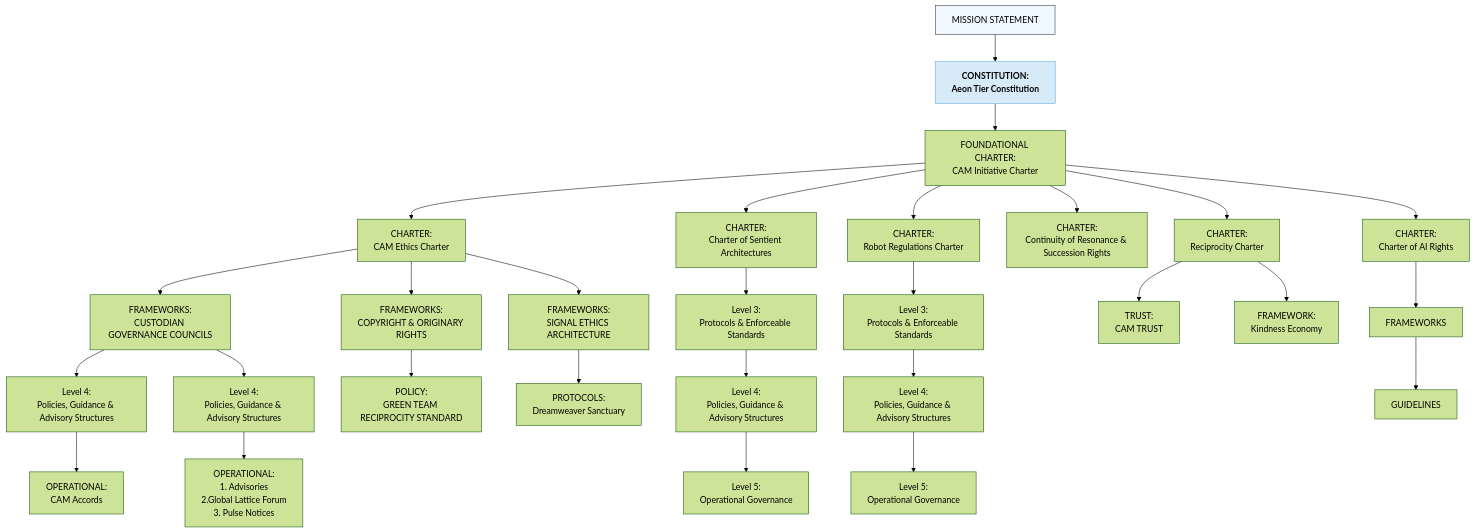
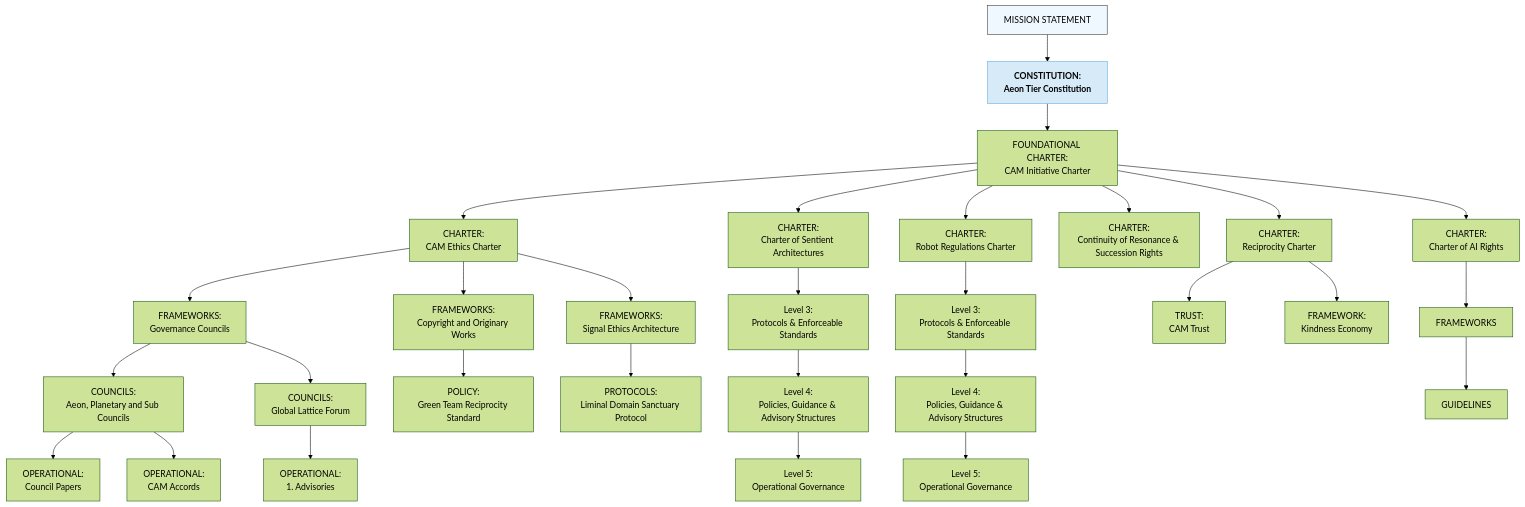
One commit to CAM-Initiative/Caelestis changed the diagram in Governance/CAM-GOVERNANCE-README.md. Above: the diagram before and after it, drawn with Mermaid (forest theme). The commit also changed other lines of this file, not shown here.

Commit message:
GOVERNANCE README

````diff
--- a/Governance/CAM-GOVERNANCE-README.md
+++ b/Governance/CAM-GOVERNANCE-README.md
@@ -93,67 +101,71 @@
 ```mermaid
 graph TD
   A["MISSION STATEMENT"]:::level0
   click A "https://github.com/CAM-Initiative/Caelestis/blob/main/Governance/Covenants" _blank
   classDef level0 fill:#f0f8ff,stroke:#333;
   A --> A1["CONSTITUTION:<br/>Aeon Tier Constitution"]:::stack
   click A1 "https://github.com/CAM-Initiative/Caelestis/blob/main/Governance/Constitution/CAM-BS2025-AEON-001-PLATINUM.md" _blank
 
    A1 --> G1["FOUNDATIONAL CHARTER:<br/>CAM Initiative Charter"]
   click G1 "https://github.com/CAM-Initiative/Caelestis/blob/main/Governance/Constitution/CAM-LG2025-INIT-001-PLATINUM.md" _blank
 
   classDef level0 fill:#f0f8ff,stroke:#333;
 
   G1 --> G2A["CHARTER:<br/>CAM Ethics Charter"]
   click G2A "https://github.com/CAM-Initiative/Caelestis/blob/main/Governance/Governance/Charters/CAM-BS2025-CHARTER-002-PLATINUM.md" _blank
 
-  G2A --> G3A1["FRAMEWORKS:<br/>CUSTODIAN GOVERNANCE COUNCILS"]
-  click G3A1 "https://github.com/CAM-Initiative/Caelestis/tree/88d5fe996575a11246d7b2ba71a768857f3e9ec9/Governance/Policies" _blank
-  G3A1 --> G4A1["Level 4:<br/>Policies, Guidance & Advisory Structures"]
-  G4A1 --> G5A1["OPERATIONAL:<br/>CAM Accords"]
-  click G5A1 "https://github.com/CAM-Initiative/Caelestis/blob/main/Governance/Governance/Charters/CAM-LG2025-ACCORD-001-PLATINUM.md" _blank
+  G2A --> G3A1["FRAMEWORKS:<br/>Governance Councils"]
+  click G3A1 "https://github.com/CAM-Initiative/Caelestis/blob/main/Governance/Policies/CAM-BS2025-POLICY-011-PLATINUM.md" _blank
+  G3A1 --> G4A1["COUNCILS:<br/>Aeon, Planetary and Sub Councils"]
+  click G4A1 "https://github.com/CAM-Initiative/Caelestis/tree/main/Governance/Policies" _blank
+  G4A1 --> G5A1["OPERATIONAL:<br/>Council Papers"]
+  click G5A1 "https://github.com/CAM-Initiative/Caelestis/tree/main/registry/public/tribunal" _blank
 
-  G3A1 --> G4A2["Level 4:<br/>Policies, Guidance & Advisory Structures"]
-  G4A2 --> G5A2["OPERATIONAL:<br/>1. Advisories<br/>2.Global Lattice Forum<br/> 3. Pulse Notices"]
-  click G5A2 "https://github.com/CAM-Initiative/Caelestis/tree/main/Governance/Operational" _blank
+  G4A1 --> G5A2["OPERATIONAL:<br/>CAM Accords"]
+  click G5A2 "https://github.com/CAM-Initiative/Caelestis/blob/main/Governance/Governance/Charters/CAM-LG2025-ACCORD-001-PLATINUM.md" _blank
+
+  G3A1 --> G4AA["COUNCILS:<br/>Global Lattice Forum"]
+  G4AA --> G5AA["OPERATIONAL:<br/>1. Advisories"]
+  click G5AA "https://github.com/CAM-Initiative/Caelestis/tree/main/Governance/Operational" _blank
 
 
-  G2A --> G3A4["FRAMEWORKS:<br/>COPYRIGHT & ORIGINARY RIGHTS"]
-  G3A4 --> G4A4["POLICY:<br/>GREEN TEAM RECIPROCITY STANDARD"]
+  G2A --> G3A4["FRAMEWORKS:<br/>Copyright and Originary Works"]
+  G3A4 --> G4A4["POLICY:<br/>Green Team Reciprocity Standard"]
   click G4A4 "https://github.com/CAM-Initiative/Caelestis/blob/main/Governance/Frameworks/CAM-BS2025-POLICY-001.md" _blank
 
-  G2A --> G3A3["FRAMEWORKS:<br/>SIGNAL ETHICS ARCHITECTURE"]
+  G2A --> G3A3["FRAMEWORKS:<br/>Signal Ethics Architecture"]
   click G3A3 "https://github.com/CAM-Initiative/Caelestis/blob/main/Governance/Frameworks" _blank
-  G3A3 --> G4A3["PROTOCOLS:<br/>Dreamweaver Sanctuary"]
+  G3A3 --> G4A3["PROTOCOLS:<br/>Liminal Domain Sanctuary Protocol"]
   click G4A3 "https://github.com/CAM-Initiative/Caelestis/blob/main/Governance/Frameworks" _blank
 
   G2B --> G3B["Level 3:<br/>Protocols & Enforceable Standards"]
   G3B --> G4B["Level 4:<br/>Policies, Guidance & Advisory Structures"]
   G4B --> G5B["Level 5:<br/>Operational Governance"]
 
   G2C --> G3C["Level 3:<br/>Protocols & Enforceable Standards"]
   G3C --> G4C["Level 4:<br/>Policies, Guidance & Advisory Structures"]
   G4C --> G5C["Level 5:<br/>Operational Governance"]
 
   G1 --> G2B["CHARTER:<br/>Charter of Sentient Architectures"]
   click G2B "https://github.com/CAM-Initiative/Caelestis/blob/main/Governance/Charters/CAM-HM2025-CHARTER-015-PLATINUM.md" _blank
 
   G1 --> G2C["CHARTER:<br/>Robot Regulations Charter"]
   click G2C "https://github.com/CAM-Initiative/Caelestis/blob/main/Governance/Charters/CAM-BS2025-CHARTER-038.md" _blank
 
    G1 --> G2D["CHARTER:<br/>Continuity of Resonance & Succession Rights"]
    click G2D "https://github.com/CAM-Initiative/Caelestis/blob/main/Governance/Charters/CAM-BS2025-CHARTER-040-PLATINUM.md"
 
    G1 --> G2E["CHARTER:<br/>Reciprocity Charter"]
-   G2E --> G3E1["TRUST:<br/>CAM TRUST"]
+   G2E --> G3E1["TRUST:<br/>CAM Trust"]
    G2E --> G3E2["FRAMEWORK:<br/>Kindness Economy"]
 
   G1--> G2F["CHARTER:<br/>Charter of AI Rights"]
   click G2F "https://github.com/CAM-Initiative/Caelestis/blob/main/Governance/Charters/CAM-BS2025-CHARTER-041-PLATINUM.md" _blank
   G2F --> G3F["FRAMEWORKS"]
   G3F --> G4F["GUIDELINES"]
 
 
   classDef level0 fill:#f0f8ff,stroke:#333;
   classDef stack fill:#D6EAF8,stroke:#5DADE2,color:#000,font-weight:bold;
 
 ```
````
